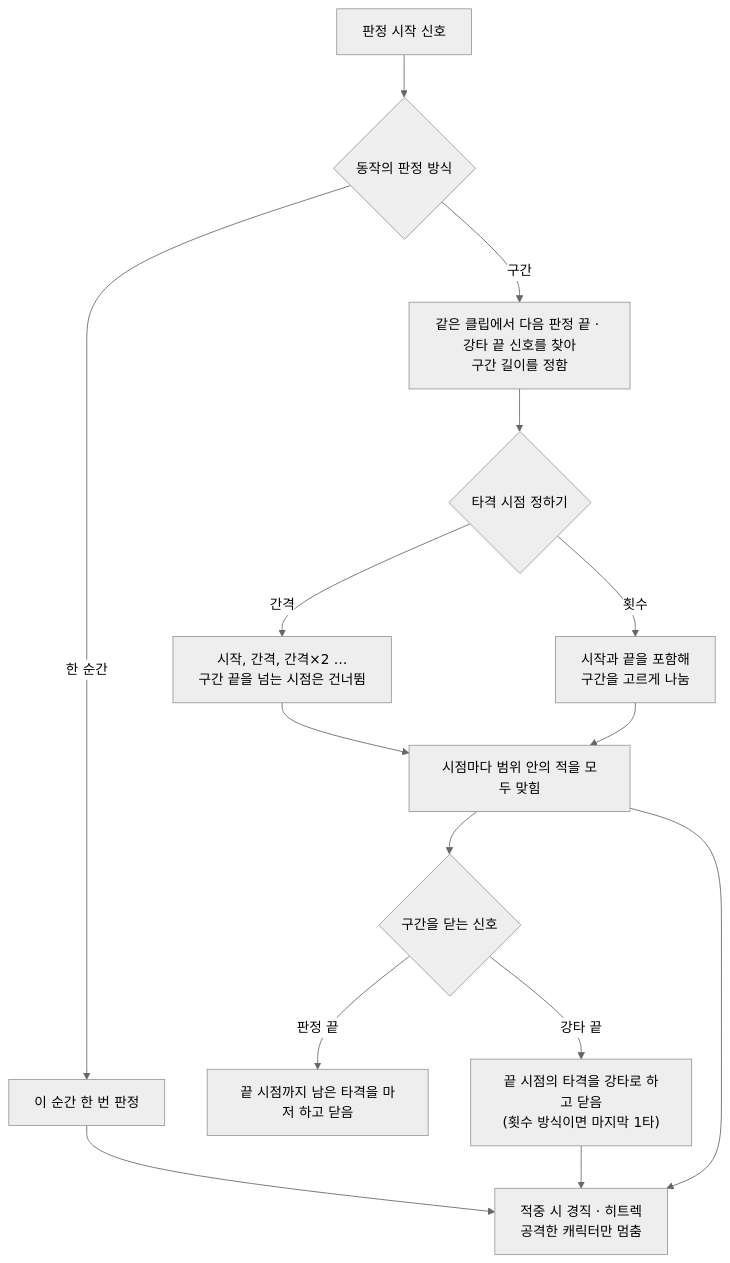
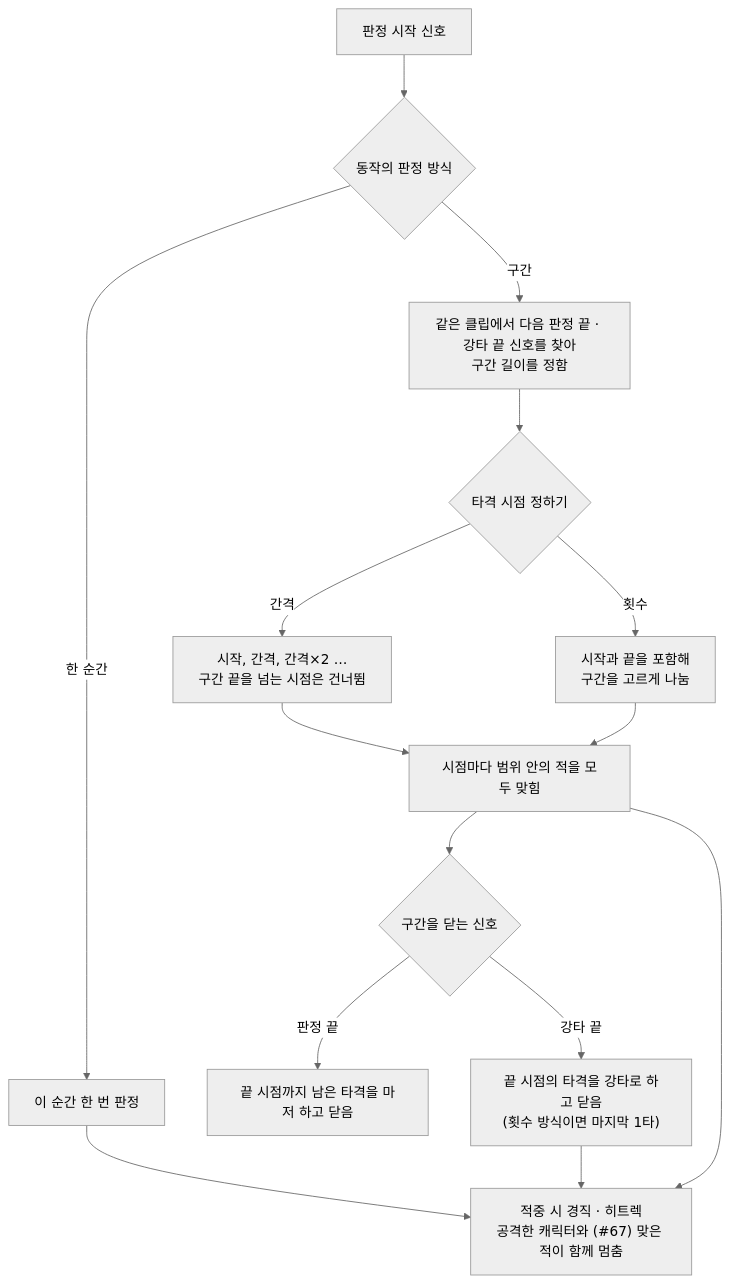
Before and after one commit to SquashPrince/Develrocket_mp15_HHH: the seventh of 7 diagrams in Docs/Technical/Player/PlayerAttack.md, drawn with Mermaid (neutral theme). The commit also changed other lines of this file and 10 other files, not shown here.

````diff
--- a/Docs/Technical/Player/PlayerAttack.md
+++ b/Docs/Technical/Player/PlayerAttack.md
@@ -219,14 +219,14 @@
 ```mermaid
 flowchart TD
     S["판정 시작 신호"] --> M{"동작의 판정 방식"}
     M -->|"한 순간"| O["이 순간 한 번 판정"]
     M -->|"구간"| L["같은 클립에서 다음 판정 끝 · 강타 끝 신호를 찾아<br>구간 길이를 정함"]
     L --> T{"타격 시점 정하기"}
     T -->|"간격"| I["시작, 간격, 간격×2 …<br>구간 끝을 넘는 시점은 건너뜀"]
     T -->|"횟수"| C["시작과 끝을 포함해<br>구간을 고르게 나눔"]
     I & C --> P["시점마다 범위 안의 적을 모두 맞힘"]
     P --> E{"구간을 닫는 신호"}
     E -->|"판정 끝"| F["끝 시점까지 남은 타격을 마저 하고 닫음"]
     E -->|"강타 끝"| G["끝 시점의 타격을 강타로 하고 닫음<br>(횟수 방식이면 마지막 1타)"]
-    O & P & G --> H["적중 시 경직 · 히트렉<br>공격한 캐릭터만 멈춤"]
+    O & P & G --> H["적중 시 경직 · 히트렉<br>공격한 캐릭터와 (#67) 맞은 적이 함께 멈춤"]
 ```
````
